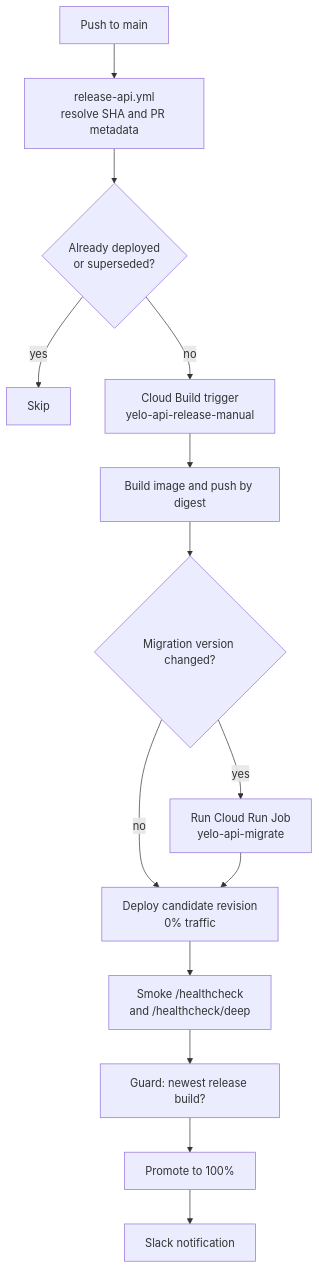
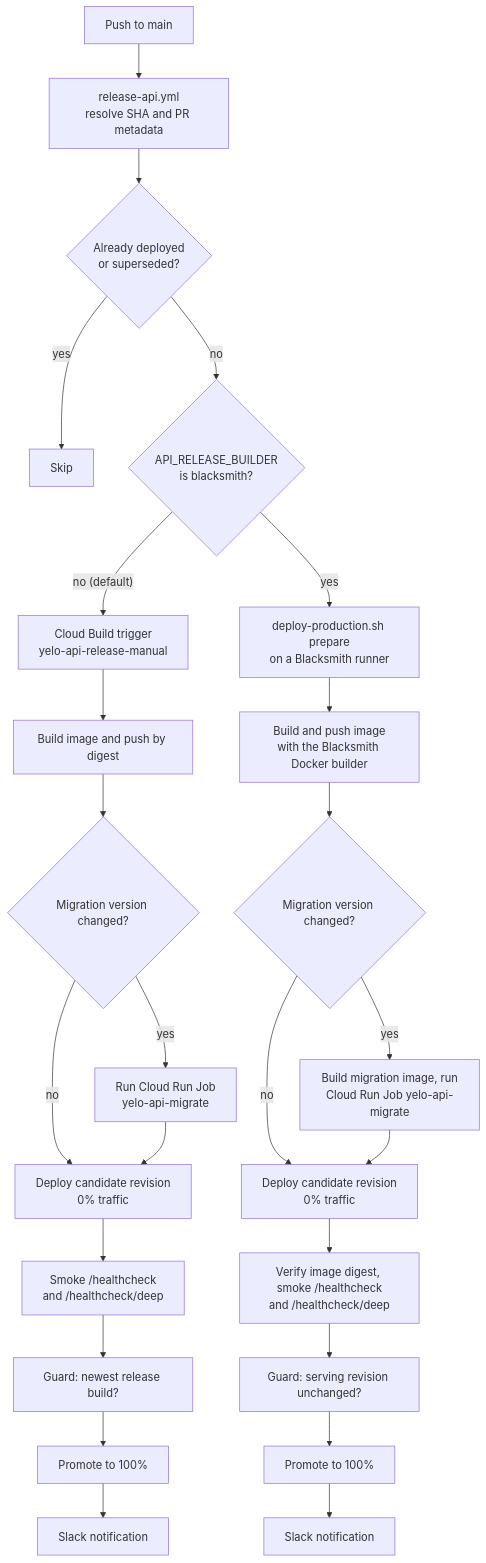
Before and after one commit to rideyelo/docs: the diagram in engineering/deployment.mdx, drawn with Mermaid. The commit also changed other lines of this file and 12 other files, not shown here.

````diff
--- a/engineering/deployment.mdx
+++ b/engineering/deployment.mdx
@@ -27,16 +29,27 @@
 ```mermaid
 flowchart TD
   A["Push to main"] --> B["release-api.yml<br/>resolve SHA and PR metadata"]
   B --> C{"Already deployed<br/>or superseded?"}
   C -- "yes" --> Z["Skip"]
-  C -- "no" --> D["Cloud Build trigger<br/>yelo-api-release-manual"]
+  C -- "no" --> X{"API_RELEASE_BUILDER<br/>is blacksmith?"}
+  X -- "no (default)" --> D["Cloud Build trigger<br/>yelo-api-release-manual"]
   D --> E["Build image and push by digest"]
   E --> F{"Migration version changed?"}
   F -- "yes" --> G["Run Cloud Run Job<br/>yelo-api-migrate"]
   F -- "no" --> H
   G --> H["Deploy candidate revision<br/>0% traffic"]
   H --> I["Smoke /healthcheck<br/>and /healthcheck/deep"]
   I --> J["Guard: newest release build?"]
   J --> K["Promote to 100%"]
   K --> L["Slack notification"]
+  X -- "yes" --> P["deploy-production.sh prepare<br/>on a Blacksmith runner"]
+  P --> Q["Build and push image<br/>with the Blacksmith Docker builder"]
+  Q --> R{"Migration version changed?"}
+  R -- "yes" --> S["Build migration image, run<br/>Cloud Run Job yelo-api-migrate"]
+  R -- "no" --> T
+  S --> T["Deploy candidate revision<br/>0% traffic"]
+  T --> U["Verify image digest, smoke /healthcheck<br/>and /healthcheck/deep"]
+  U --> V["Guard: serving revision unchanged?"]
+  V --> W["Promote to 100%"]
+  W --> Y["Slack notification"]
 ```
````
